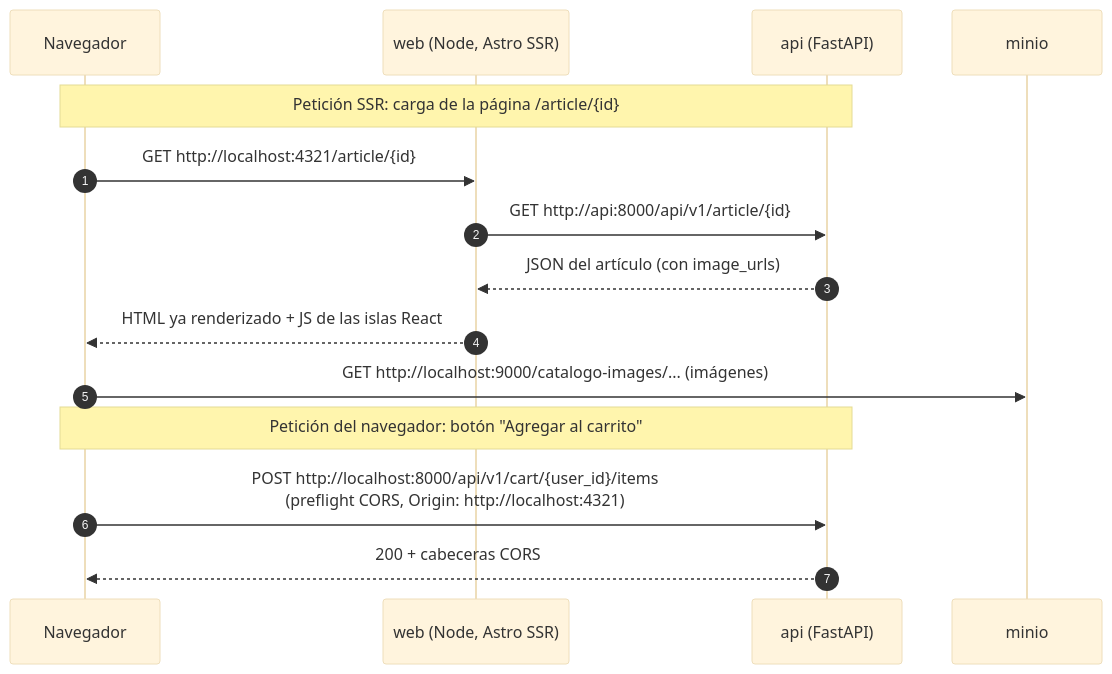
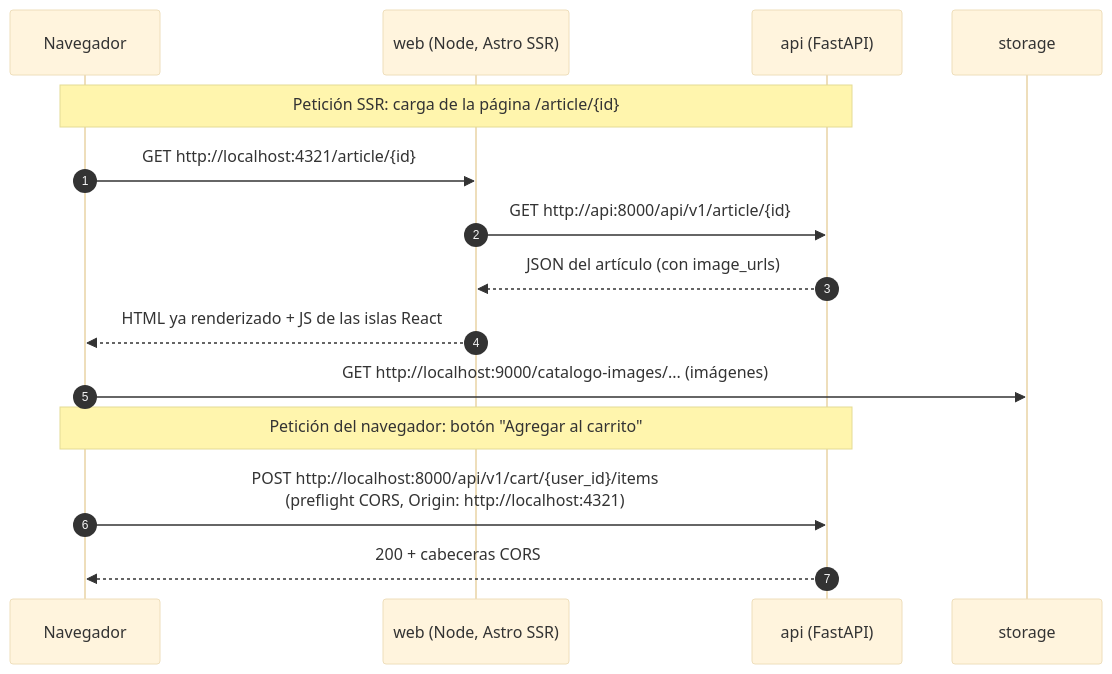
One commit to soyeison/virtual-shoes-catalog changed the second of 3 diagrams in docs/architecture.md. Above: the diagram before and after it, drawn with Mermaid (base theme). The commit also changed other lines of this file and 2 other files, not shown here.

Commit message:
Update root docs for RustFS storage services

````diff
--- a/docs/architecture.md
+++ b/docs/architecture.md
@@ -93,19 +93,19 @@
 ```mermaid
 sequenceDiagram
     autonumber
     participant B as Navegador
     participant W as web (Node, Astro SSR)
     participant A as api (FastAPI)
-    participant M as minio
+    participant M as storage
 
     Note over B,A: Petición SSR: carga de la página /article/{id}
     B->>W: GET http://localhost:4321/article/{id}
     W->>A: GET http://api:8000/api/v1/article/{id}
     A-->>W: JSON del artículo (con image_urls)
     W-->>B: HTML ya renderizado + JS de las islas React
     B->>M: GET http://localhost:9000/catalogo-images/... (imágenes)
 
     Note over B,A: Petición del navegador: botón "Agregar al carrito"
     B->>A: POST http://localhost:8000/api/v1/cart/{user_id}/items<br/>(preflight CORS, Origin: http://localhost:4321)
     A-->>B: 200 + cabeceras CORS
 ```
````
